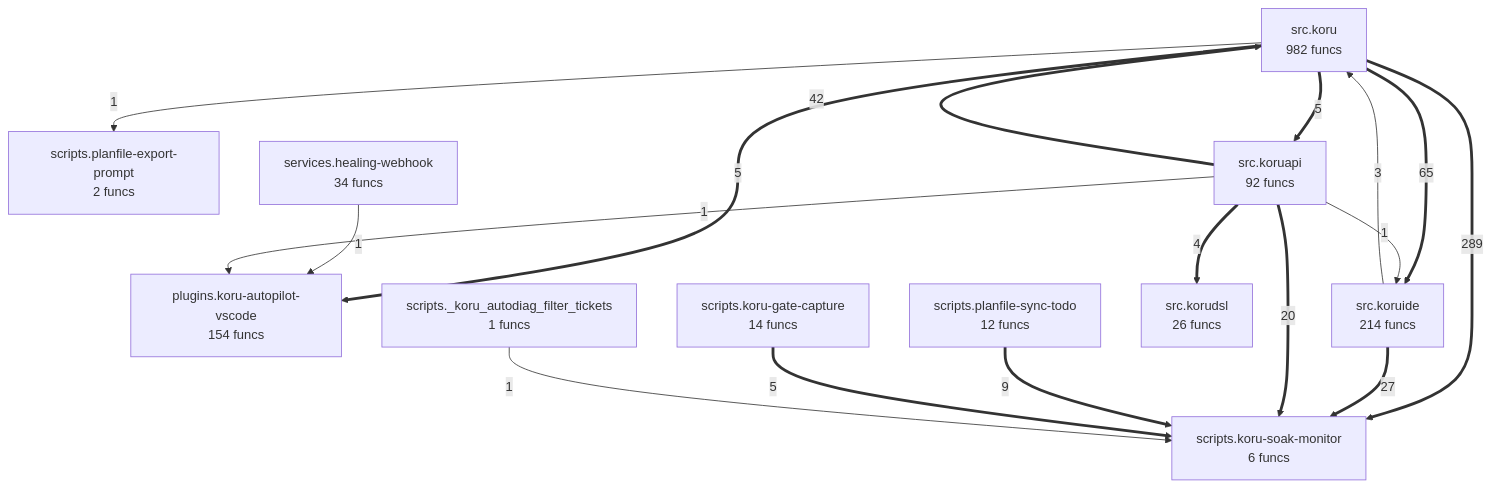
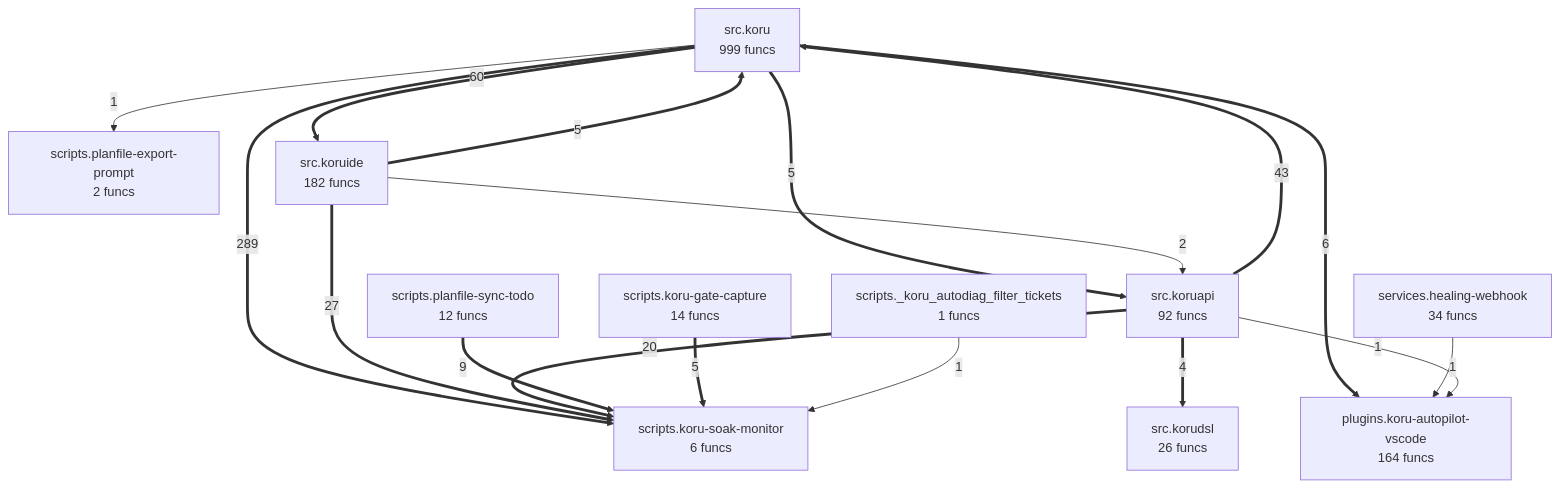
The diagram in project/compact_flow.mmd (semcod/koru), drawn with Mermaid before and after one commit. The commit also changed 34 other files, not shown here.

```diff
--- a/project/compact_flow.mmd
+++ b/project/compact_flow.mmd
@@ -1,29 +1,29 @@
 flowchart TD
-%% generated in 0.08s
-    plugins__koru_autopilot_vscode["plugins.koru-autopilot-vscode<br/>154 funcs"]
+%% generated in 0.15s
+    plugins__koru_autopilot_vscode["plugins.koru-autopilot-vscode<br/>164 funcs"]
     scripts___koru_autodiag_filter_tickets["scripts._koru_autodiag_filter_tickets<br/>1 funcs"]
     scripts__koru_gate_capture["scripts.koru-gate-capture<br/>14 funcs"]
     scripts__koru_soak_monitor["scripts.koru-soak-monitor<br/>6 funcs"]
     scripts__planfile_export_prompt["scripts.planfile-export-prompt<br/>2 funcs"]
     scripts__planfile_sync_todo["scripts.planfile-sync-todo<br/>12 funcs"]
     services__healing_webhook["services.healing-webhook<br/>34 funcs"]
-    src__koru["src.koru<br/>982 funcs"]
+    src__koru["src.koru<br/>999 funcs"]
     src__koruapi["src.koruapi<br/>92 funcs"]
     src__korudsl["src.korudsl<br/>26 funcs"]
-    src__koruide["src.koruide<br/>214 funcs"]
+    src__koruide["src.koruide<br/>182 funcs"]
     src__koru ==>|289| scripts__koru_soak_monitor
-    src__koru ==>|65| src__koruide
-    src__koruapi ==>|42| src__koru
+    src__koru ==>|60| src__koruide
+    src__koruapi ==>|43| src__koru
     src__koruide ==>|27| scripts__koru_soak_monitor
     src__koruapi ==>|20| scripts__koru_soak_monitor
     scripts__planfile_sync_todo ==>|9| scripts__koru_soak_monitor
-    src__koru ==>|5| plugins__koru_autopilot_vscode
+    src__koru ==>|6| plugins__koru_autopilot_vscode
+    src__koruide ==>|5| src__koru
     src__koru ==>|5| src__koruapi
     scripts__koru_gate_capture ==>|5| scripts__koru_soak_monitor
     src__koruapi ==>|4| src__korudsl
-    src__koruide -->|3| src__koru
+    src__koruide -->|2| src__koruapi
     services__healing_webhook -->|1| plugins__koru_autopilot_vscode
     src__koruapi -->|1| plugins__koru_autopilot_vscode
-    src__koruapi -->|1| src__koruide
     src__koru -->|1| scripts__planfile_export_prompt
     scripts___koru_autodiag_filter_tickets -->|1| scripts__koru_soak_monitor
```
